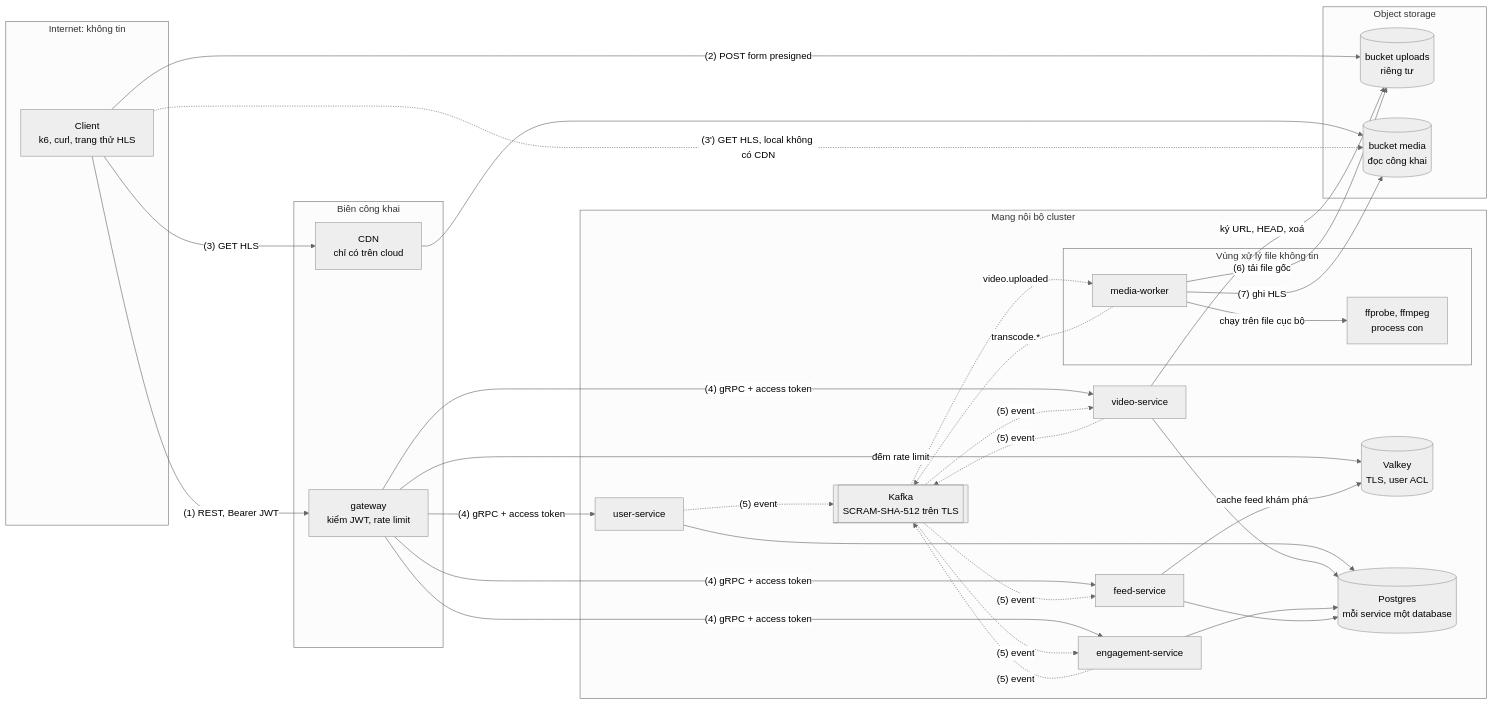
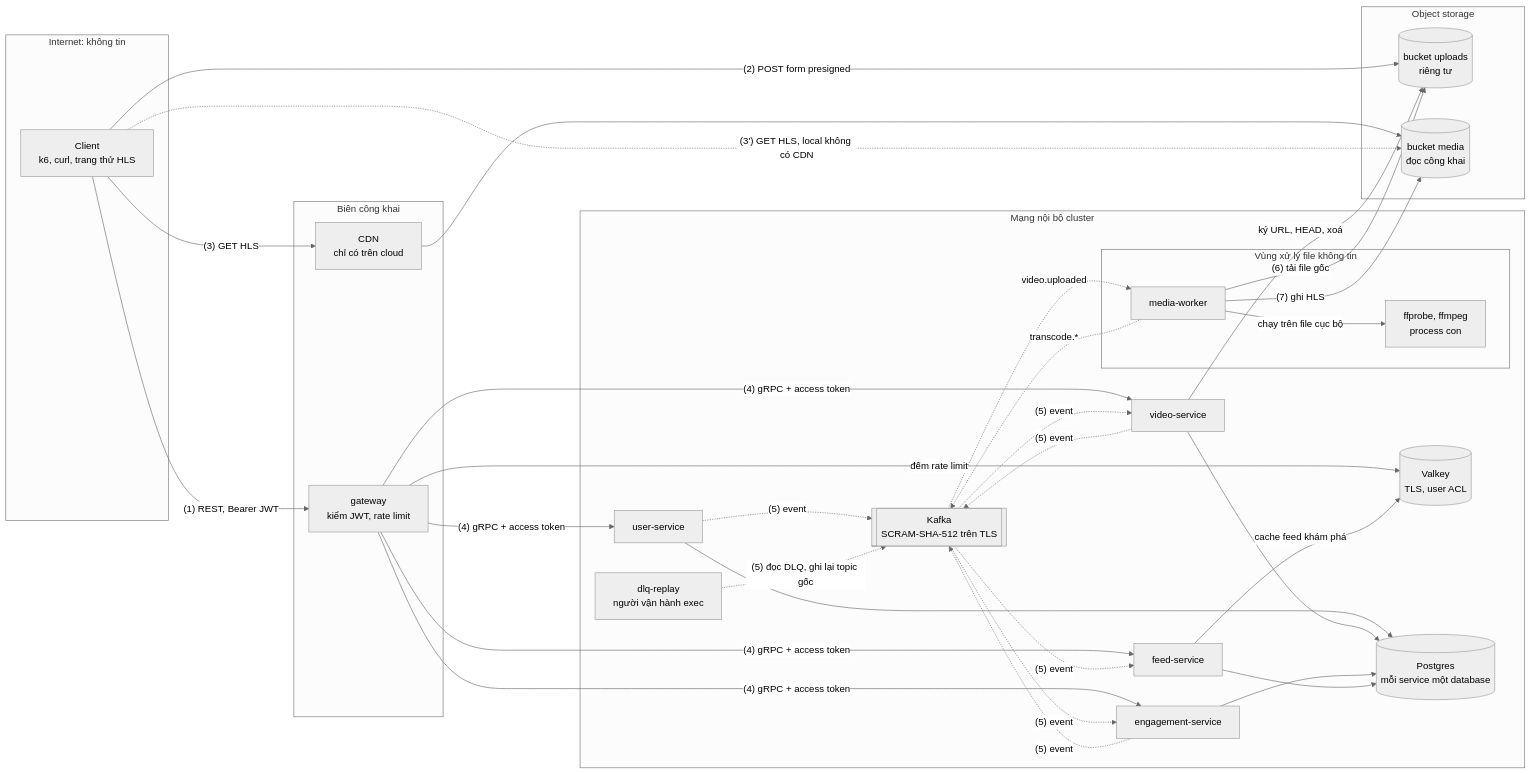
One commit to anhnvcoder/svp-backend changed the diagram in docs/threat-model.md. Above: the diagram before and after it, drawn with Mermaid (neutral theme). The commit also changed other lines of this file and 157 other files, not shown here.

First line of the commit message:
feat: pod operations and DLQ replay release

````diff
--- a/docs/threat-model.md
+++ b/docs/threat-model.md
@@ -39,62 +39,64 @@
 ```mermaid
 flowchart LR
     subgraph internet["Internet: không tin"]
         client["Client<br/>k6, curl, trang thử HLS"]
     end
 
     subgraph edge["Biên công khai"]
         gw["gateway<br/>kiểm JWT, rate limit"]
         cdn["CDN<br/>chỉ có trên cloud"]
     end
 
     subgraph storage["Object storage"]
         up[("bucket uploads<br/>riêng tư")]
         media[("bucket media<br/>đọc công khai")]
     end
 
     subgraph cluster["Mạng nội bộ cluster"]
         us["user-service"]
         vs["video-service"]
         es["engagement-service"]
         fs["feed-service"]
+        rp["dlq-replay<br/>người vận hành exec"]
         bus[["Kafka<br/>SCRAM-SHA-512 trên TLS"]]
         redis[("Valkey<br/>TLS, user ACL")]
         pg[("Postgres<br/>mỗi service một database")]
         subgraph sandbox["Vùng xử lý file không tin"]
             mw["media-worker"]
             ff["ffprobe, ffmpeg<br/>process con"]
         end
     end
 
     client -->|"(1) REST, Bearer JWT"| gw
     client -->|"(2) POST form presigned"| up
     client -->|"(3) GET HLS"| cdn
     cdn --> media
     client -.->|"(3') GET HLS, local không có CDN"| media
 
     gw -->|"(4) gRPC + access token"| us
     gw -->|"(4) gRPC + access token"| vs
     gw -->|"(4) gRPC + access token"| es
     gw -->|"(4) gRPC + access token"| fs
     gw -->|"đếm rate limit"| redis
     fs -->|"cache feed khám phá"| redis
 
     us --> pg
     vs --> pg
     es --> pg
     fs --> pg
     vs -->|"ký URL, HEAD, xoá"| up
 
     us -.->|"(5) event"| bus
     vs -.->|"(5) event"| bus
     es -.->|"(5) event"| bus
+    rp -.->|"(5) đọc DLQ, ghi lại topic gốc"| bus
     bus -.->|"(5) event"| vs
     bus -.->|"(5) event"| es
     bus -.->|"(5) event"| fs
     bus -.->|"video.uploaded"| mw
     mw -.->|"transcode.*"| bus
 
     mw -->|"(6) tải file gốc"| up
     mw -->|"chạy trên file cục bộ"| ff
     mw -->|"(7) ghi HLS"| media
 ```
````
